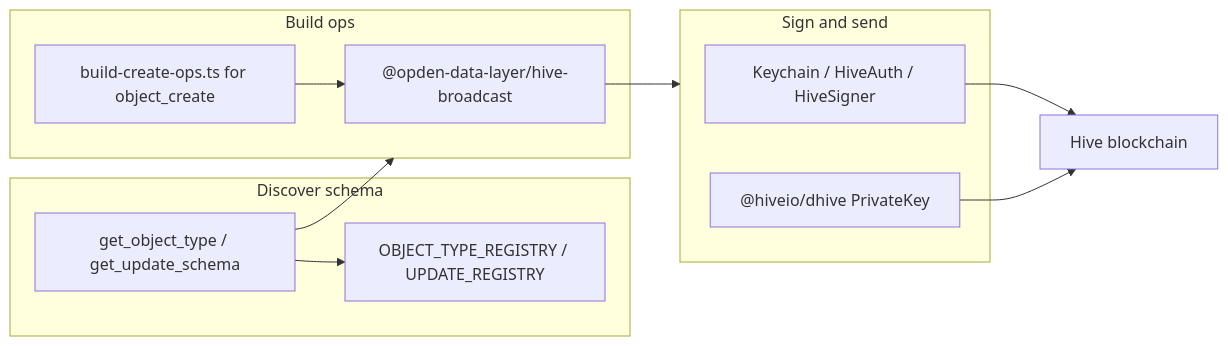
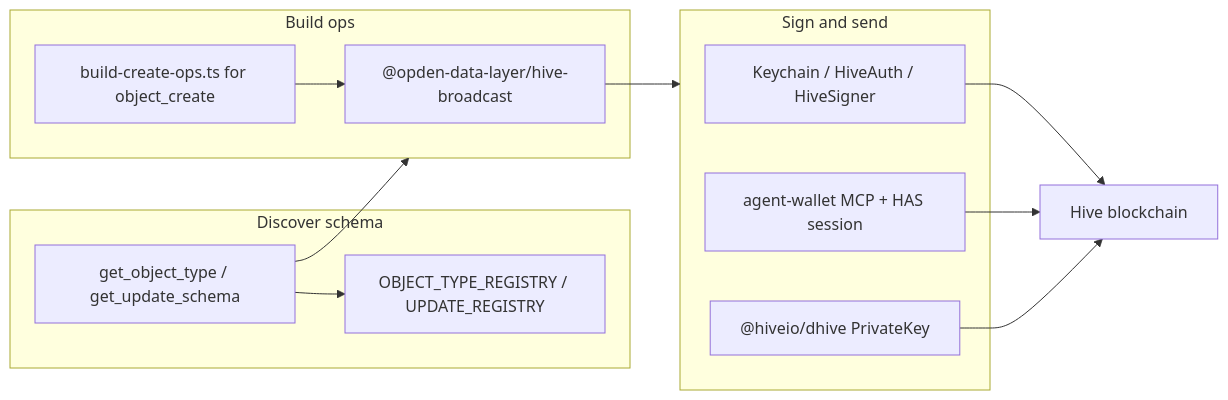
One commit to Fesmofet/open-data changed the diagram in docs/skills/hive-blockchain-broadcast.md. Above: the diagram before and after it, drawn with Mermaid. The commit also changed other lines of this file and 76 other files, not shown here.

Commit message:
feat: Add agent-wallet support and enhance documentation; include new scripts, workflows, and debugging configurations for improved agent functionality

````diff
--- a/docs/skills/hive-blockchain-broadcast.md
+++ b/docs/skills/hive-blockchain-broadcast.md
@@ -65,21 +67,23 @@
 ```mermaid
 flowchart LR
   subgraph discover [Discover schema]
     MCP[get_object_type / get_update_schema]
     Core[OBJECT_TYPE_REGISTRY / UPDATE_REGISTRY]
   end
   subgraph build [Build ops]
     HB["@opden-data-layer/hive-broadcast"]
     WebCreate[build-create-ops.ts for object_create]
   end
   subgraph sign [Sign and send]
     Wallet[Keychain / HiveAuth / HiveSigner]
+    AgentWallet[agent-wallet MCP + HAS session]
     Dhive["@hiveio/dhive PrivateKey"]
   end
   MCP --> Core
   MCP --> build
   HB --> sign
   WebCreate --> HB
   Wallet --> Chain[Hive blockchain]
+  AgentWallet --> Chain
   Dhive --> Chain
 ```
````
